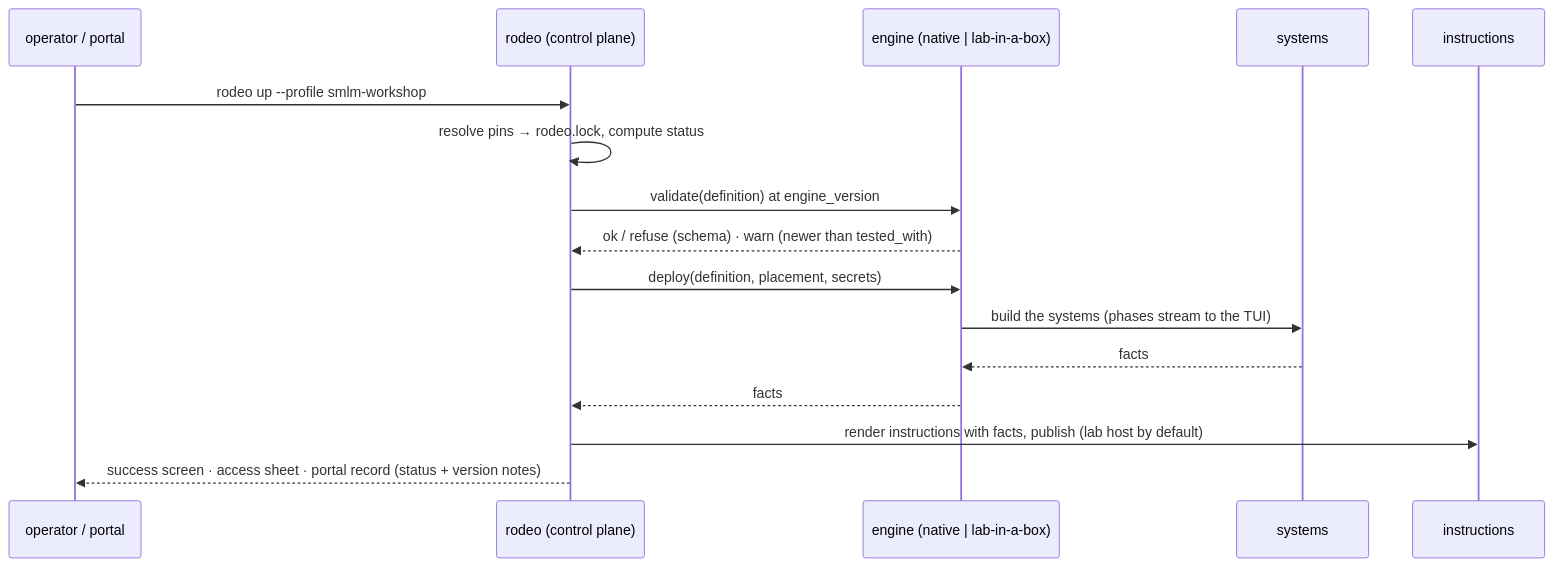
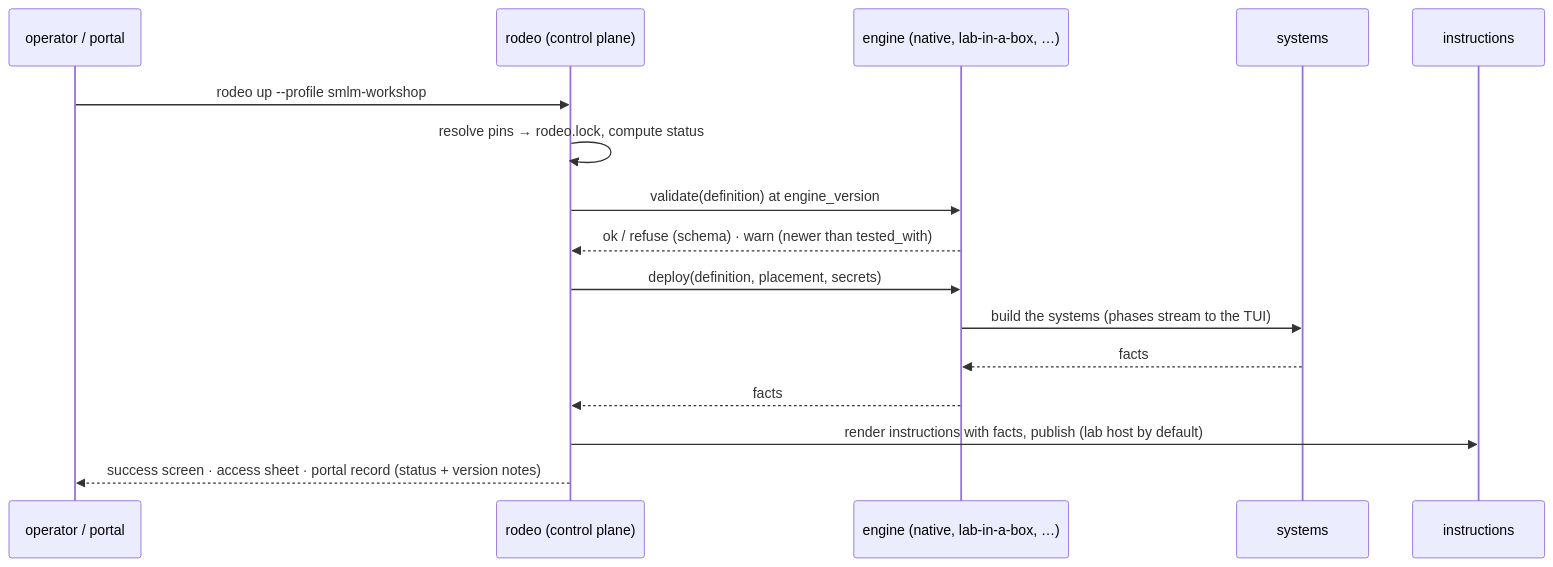
One commit to avaleror/rodeo-cli changed the third of 3 diagrams in docs/design/architecture-v2-overview.md. Above: the diagram before and after it, drawn with Mermaid. The commit also changed other lines of this file and 2 other files, not shown here.

Commit message:
docs(design): the engine set is open — native, lab-in-a-box, or engines added later

````diff
--- a/docs/design/architecture-v2-overview.md
+++ b/docs/design/architecture-v2-overview.md
@@ -96,18 +97,18 @@
 ```mermaid
 sequenceDiagram
   participant Op as operator / portal
   participant CLI as rodeo (control plane)
-  participant Eng as engine (native | lab-in-a-box)
+  participant Eng as engine (native, lab-in-a-box, …)
   participant Sys as systems
   participant Guide as instructions
   Op->>CLI: rodeo up --profile smlm-workshop
   CLI->>CLI: resolve pins → rodeo.lock, compute status
   CLI->>Eng: validate(definition) at engine_version
   Eng-->>CLI: ok / refuse (schema) · warn (newer than tested_with)
   CLI->>Eng: deploy(definition, placement, secrets)
   Eng->>Sys: build the systems (phases stream to the TUI)
   Sys-->>Eng: facts
   Eng-->>CLI: facts
   CLI->>Guide: render instructions with facts, publish (lab host by default)
   CLI-->>Op: success screen · access sheet · portal record (status + version notes)
 ```
````
